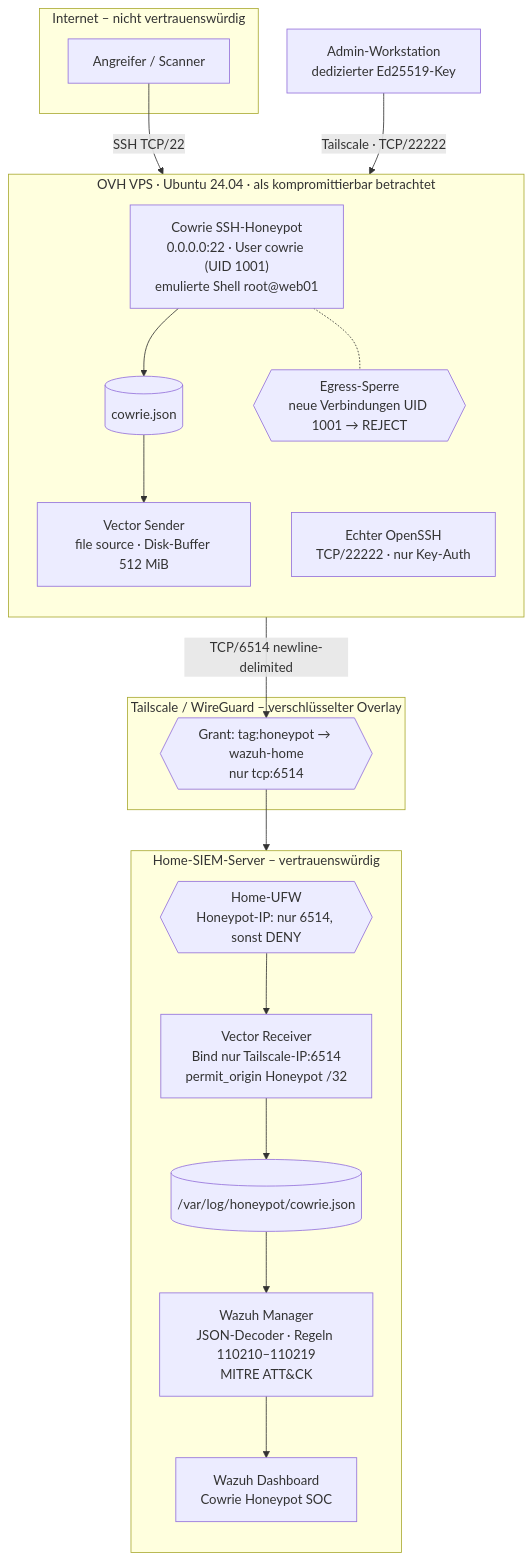
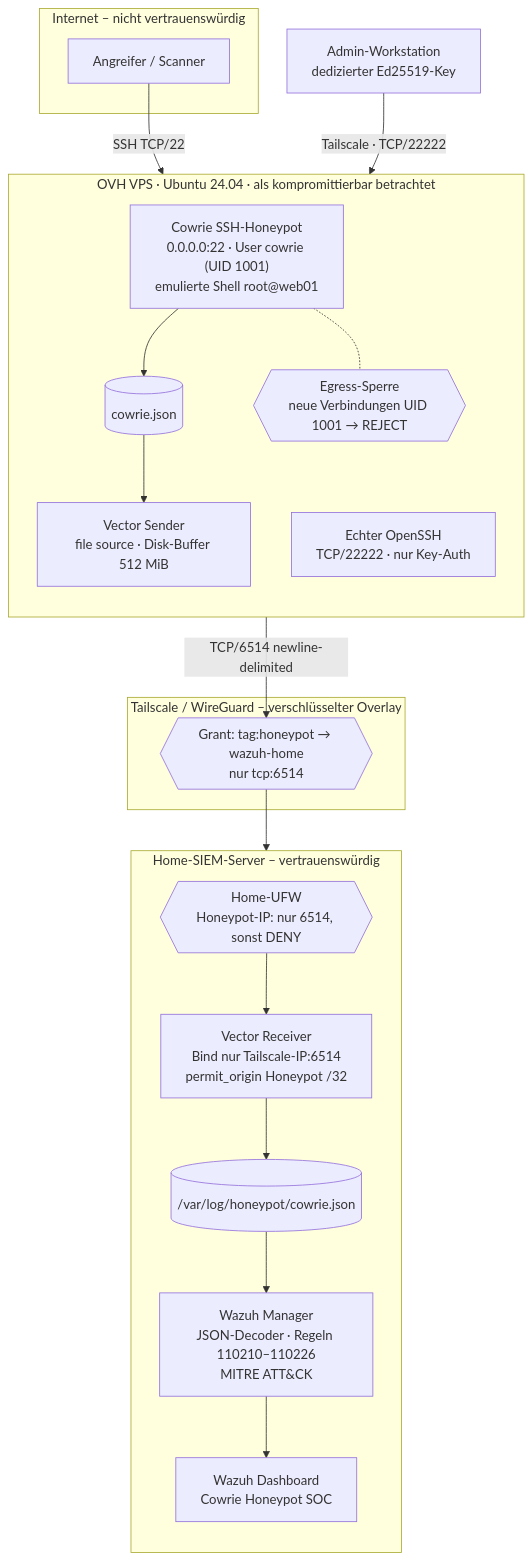
One commit to Mahmutekremacar/cowrie-honeypot-lab changed the diagram in README.md. Above: the diagram before and after it, drawn with Mermaid. The commit also changed other lines of this file and 20 other files, not shown here.

````diff
--- a/README.md
+++ b/README.md
@@ -50,37 +50,37 @@
 ```mermaid
 flowchart TB
     subgraph INET["Internet – nicht vertrauenswürdig"]
         ATT["Angreifer / Scanner"]
     end
 
     subgraph VPS["OVH VPS · Ubuntu 24.04 · als kompromittierbar betrachtet"]
         direction TB
         COW["Cowrie SSH-Honeypot<br/>0.0.0.0:22 · User cowrie (UID 1001)<br/>emulierte Shell root@web01"]
         JSON[("cowrie.json")]
         VS["Vector Sender<br/>file source · Disk-Buffer 512 MiB"]
         SSHD["Echter OpenSSH<br/>TCP/22222 · nur Key-Auth"]
         EGR{{"Egress-Sperre<br/>neue Verbindungen UID 1001 → REJECT"}}
         COW --> JSON --> VS
         COW -.- EGR
     end
 
     subgraph TS["Tailscale / WireGuard – verschlüsselter Overlay"]
         GRANT{{"Grant: tag:honeypot → wazuh-home<br/>nur tcp:6514"}}
     end
 
     subgraph HOME["Home-SIEM-Server – vertrauenswürdig"]
         direction TB
         HUFW{{"Home-UFW<br/>Honeypot-IP: nur 6514, sonst DENY"}}
         VR["Vector Receiver<br/>Bind nur Tailscale-IP:6514<br/>permit_origin Honeypot /32"]
         HFILE[("/var/log/honeypot/cowrie.json")]
-        WZ["Wazuh Manager<br/>JSON-Decoder · Regeln 110210–110219<br/>MITRE ATT&CK"]
+        WZ["Wazuh Manager<br/>JSON-Decoder · Regeln 110210–110226<br/>MITRE ATT&CK"]
         DB["Wazuh Dashboard<br/>Cowrie Honeypot SOC"]
         HUFW --> VR --> HFILE --> WZ --> DB
     end
 
     ADMIN["Admin-Workstation<br/>dedizierter Ed25519-Key"]
 
     ATT -- "SSH TCP/22" --> COW
     VS -- "TCP/6514 newline-delimited" --> GRANT --> HUFW
     ADMIN -- "Tailscale · TCP/22222" --> SSHD
 ```
````
